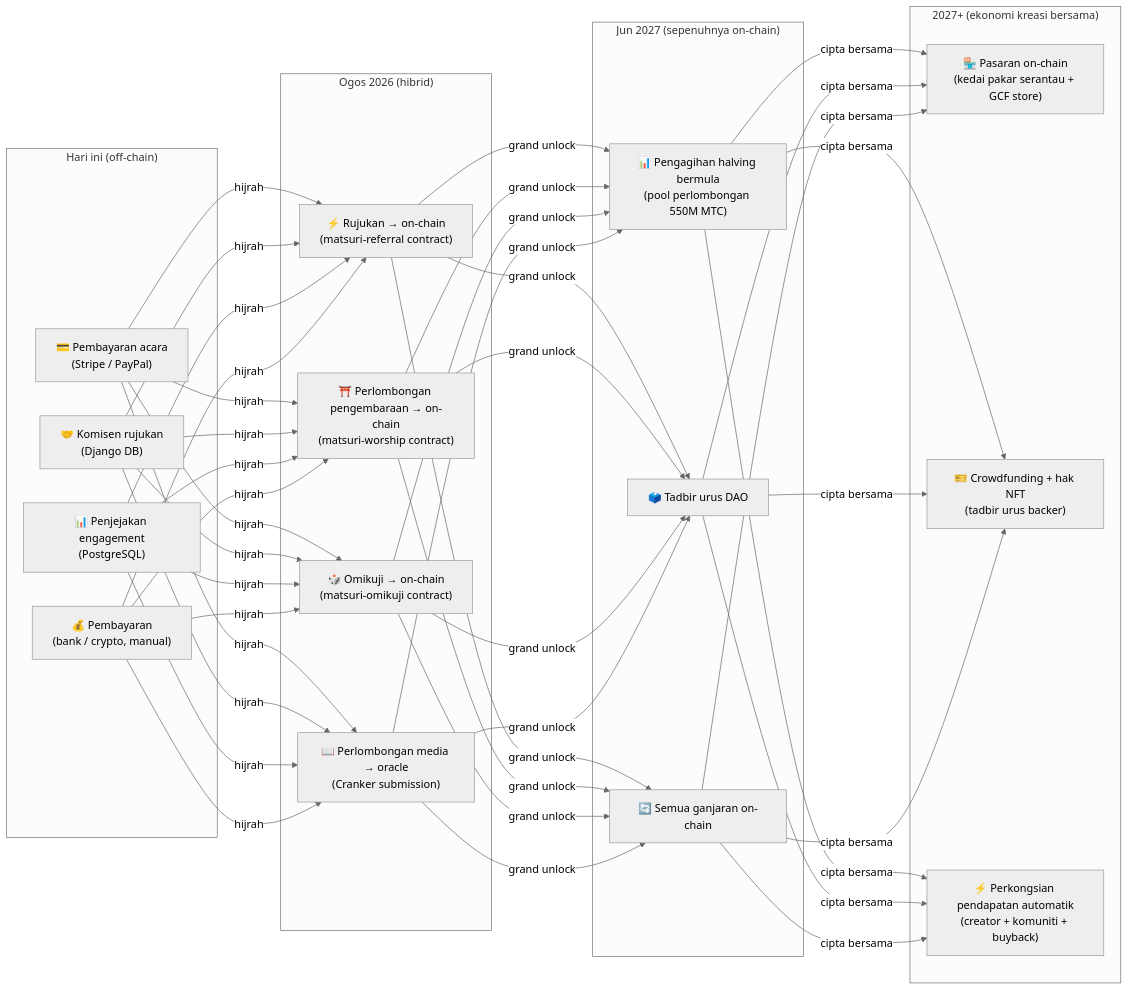
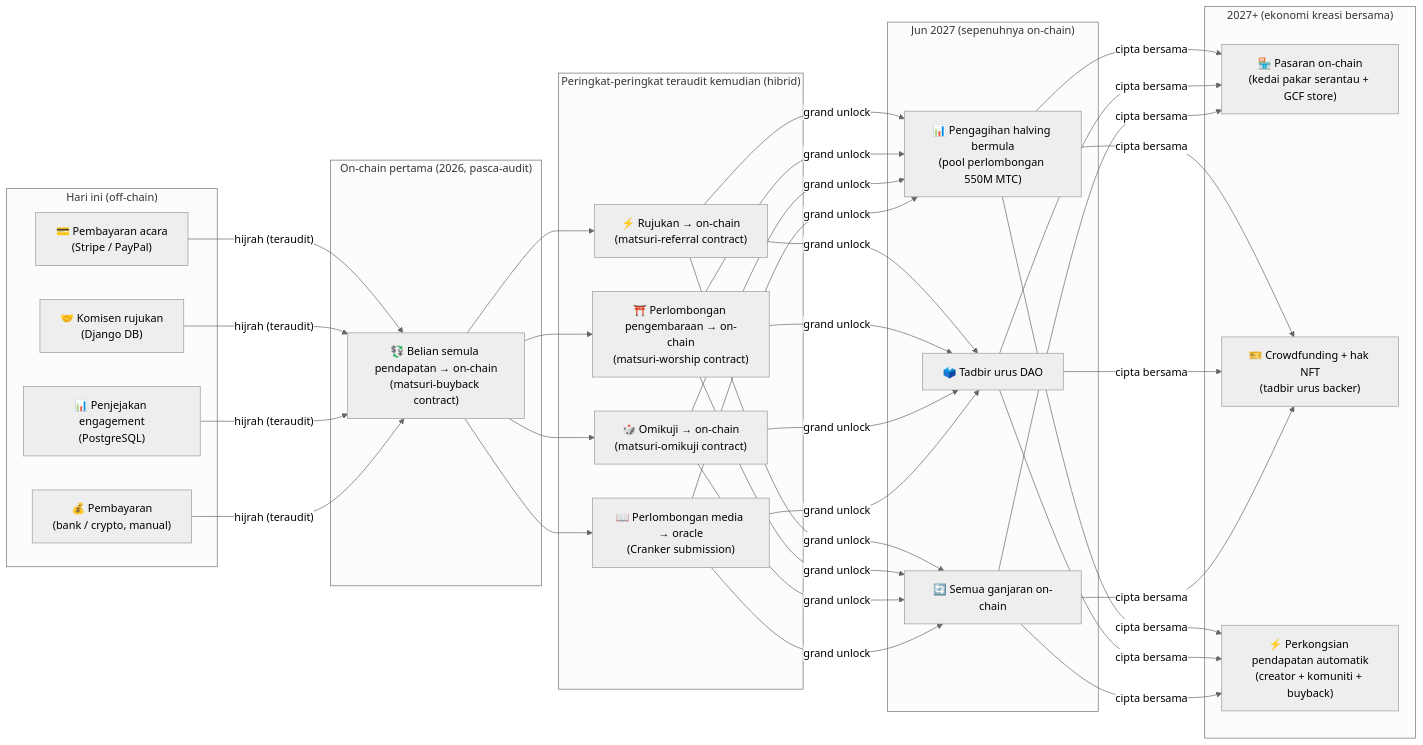
The fourth of 4 diagrams in i18n/ms/docusaurus-plugin-content-docs/current/04-mining.md (Cootakahashi/matsuri-dao-whitepaper), drawn with Mermaid (neutral theme) before and after one commit. The commit also changed other lines of this file and 79 other files, not shown here.

First line of the commit message:
docs: re-sequence on-chain roadmap to match the staged Hashlock audit (20 locales)

````diff
--- a/i18n/ms/docusaurus-plugin-content-docs/current/04-mining.md
+++ b/i18n/ms/docusaurus-plugin-content-docs/current/04-mining.md
@@ -334,28 +344,32 @@
 ```mermaid
 graph LR
     subgraph "Hari ini (off-chain)"
         O1["💳 Pembayaran acara\n(Stripe / PayPal)"]
         O2["🤝 Komisen rujukan\n(Django DB)"]
         O3["📊 Penjejakan engagement\n(PostgreSQL)"]
         O4["💰 Pembayaran\n(bank / crypto, manual)"]
     end
-    subgraph "Ogos 2026 (hibrid)"
+    subgraph "On-chain pertama (2026, pasca-audit)"
+        H0["💱 Belian semula pendapatan → on-chain\n(matsuri-buyback contract)"]
+    end
+    subgraph "Peringkat-peringkat teraudit kemudian (hibrid)"
         H1["⚡ Rujukan → on-chain\n(matsuri-referral contract)"]
         H2["⛩️ Perlombongan pengembaraan → on-chain\n(matsuri-worship contract)"]
         H3["🎲 Omikuji → on-chain\n(matsuri-omikuji contract)"]
         H4["📖 Perlombongan media → oracle\n(Cranker submission)"]
     end
     subgraph "Jun 2027 (sepenuhnya on-chain)"
         F1["📊 Pengagihan halving bermula\n(pool perlombongan 550M MTC)"]
         F2["🗳️ Tadbir urus DAO"]
         F3["🔄 Semua ganjaran on-chain"]
     end
     subgraph "2027+ (ekonomi kreasi bersama)"
         G1["🏪 Pasaran on-chain\n(kedai pakar serantau + GCF store)"]
         G2["🎫 Crowdfunding + hak NFT\n(tadbir urus backer)"]
         G3["⚡ Perkongsian pendapatan automatik\n(creator + komuniti + buyback)"]
     end
-    O1 & O2 & O3 & O4 -->|"hijrah"| H1 & H2 & H3 & H4
+    O1 & O2 & O3 & O4 -->|"hijrah (teraudit)"| H0
+    H0 --> H1 & H2 & H3 & H4
     H1 & H2 & H3 & H4 -->|"grand unlock"| F1 & F2 & F3
     F1 & F2 & F3 -->|"cipta bersama"| G1 & G2 & G3
 ```
````
